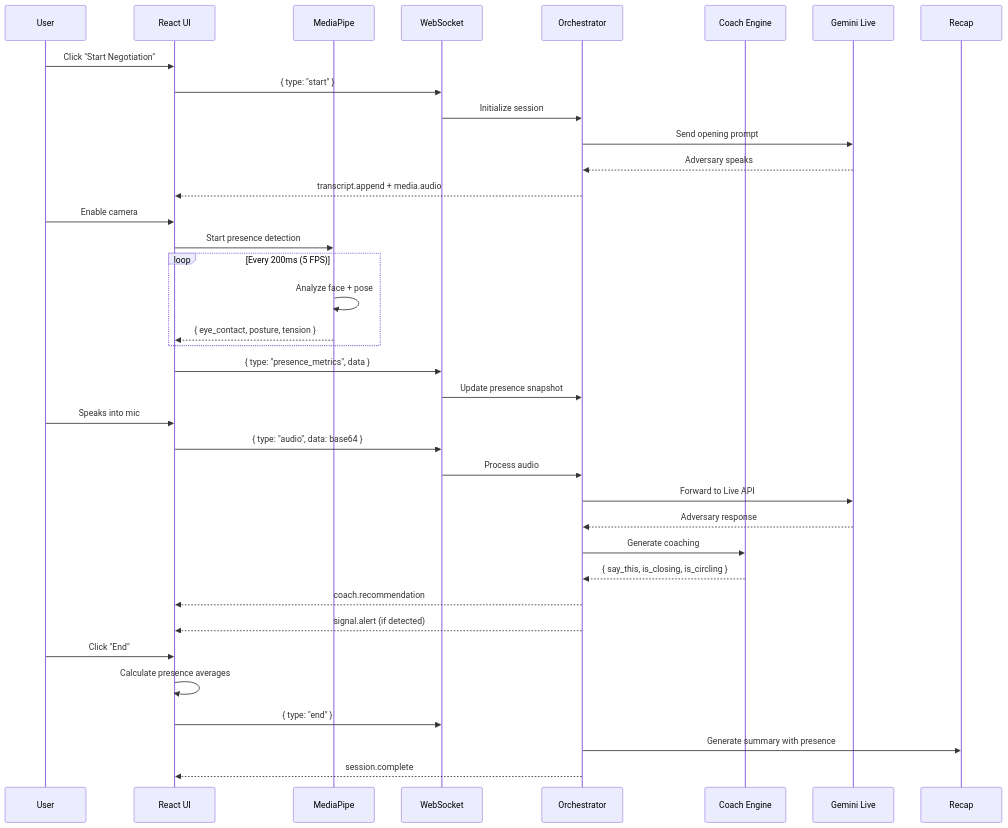
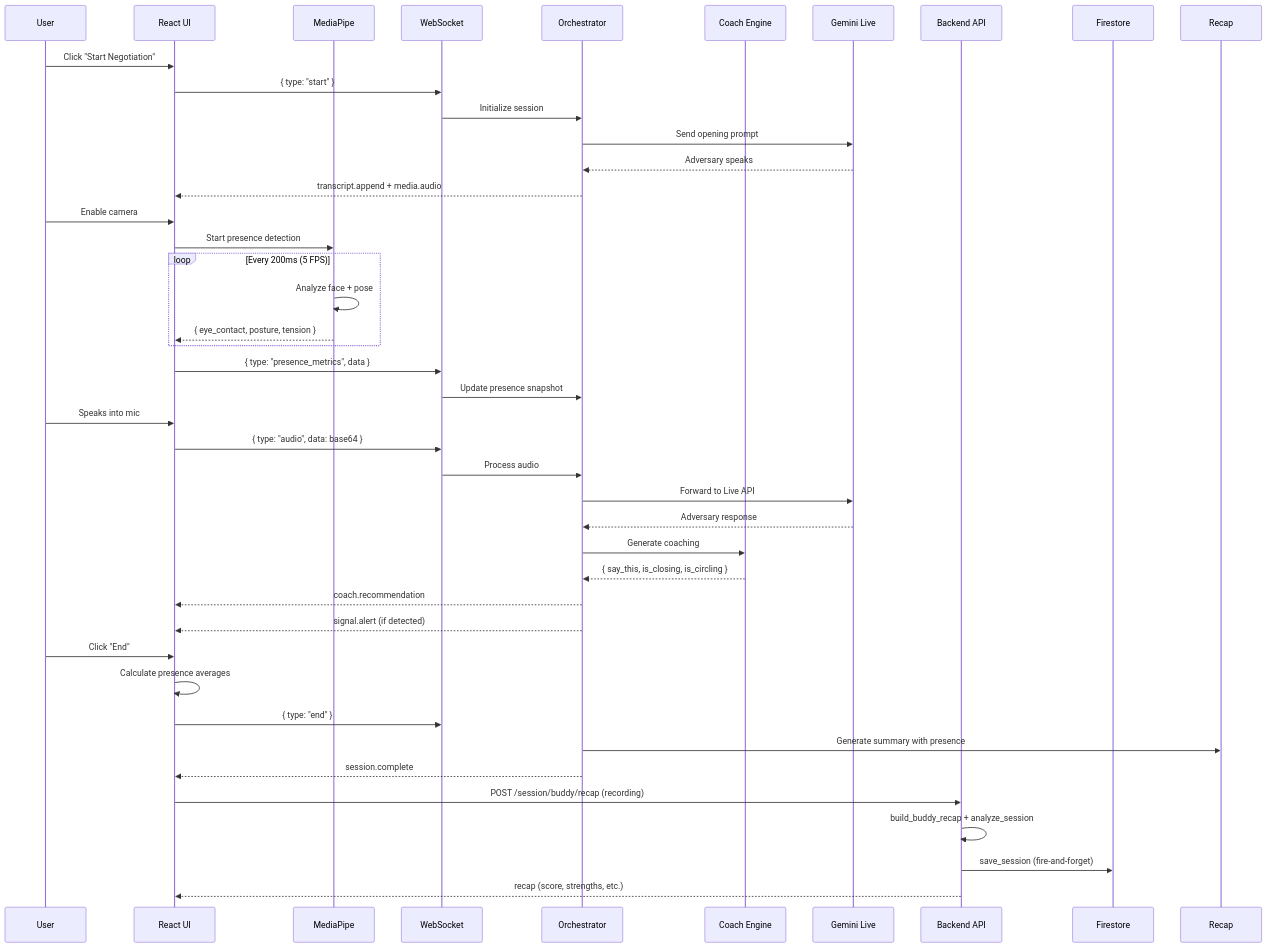
One commit to mmoussaif/devpost-google changed the second of 8 diagrams in AGENTS.md. Above: the diagram before and after it, drawn with Mermaid. The commit also changed other lines of this file and 7 other files, not shown here.

First line of the commit message:
feat: Firestore persistence, OpenAPI docs, Live Agent + Maya Chen, diagrams

````diff
--- a/AGENTS.md
+++ b/AGENTS.md
@@ -60,44 +64,50 @@
 ```mermaid
 sequenceDiagram
     participant User
     participant UI as React UI
     participant MediaPipe as MediaPipe
     participant WS as WebSocket
     participant Orch as Orchestrator
     participant Coach as Coach Engine
     participant Gemini as Gemini Live
+    participant API as Backend API
+    participant Firestore as Firestore
 
     User->>UI: Click "Start Negotiation"
     UI->>WS: { type: "start" }
     WS->>Orch: Initialize session
     Orch->>Gemini: Send opening prompt
     Gemini-->>Orch: Adversary speaks
     Orch-->>UI: transcript.append + media.audio
     
     User->>UI: Enable camera
     UI->>MediaPipe: Start presence detection
     
     loop Every 200ms (5 FPS)
         MediaPipe->>MediaPipe: Analyze face + pose
         MediaPipe-->>UI: { eye_contact, posture, tension }
     end
     
     UI->>WS: { type: "presence_metrics", data }
     WS->>Orch: Update presence snapshot
     
     User->>UI: Speaks into mic
     UI->>WS: { type: "audio", data: base64 }
     WS->>Orch: Process audio
     Orch->>Gemini: Forward to Live API
     Gemini-->>Orch: Adversary response
     Orch->>Coach: Generate coaching
     Coach-->>Orch: { say_this, is_closing, is_circling }
     Orch-->>UI: coach.recommendation
     Orch-->>UI: signal.alert (if detected)
     
     User->>UI: Click "End"
     UI->>UI: Calculate presence averages
     UI->>WS: { type: "end" }
     Orch->>Recap: Generate summary with presence
     Orch-->>UI: session.complete
+    UI->>API: POST /session/buddy/recap (recording)
+    API->>API: build_buddy_recap + analyze_session
+    API->>Firestore: save_session (fire-and-forget)
+    API-->>UI: recap (score, strengths, etc.)
 ```
````
